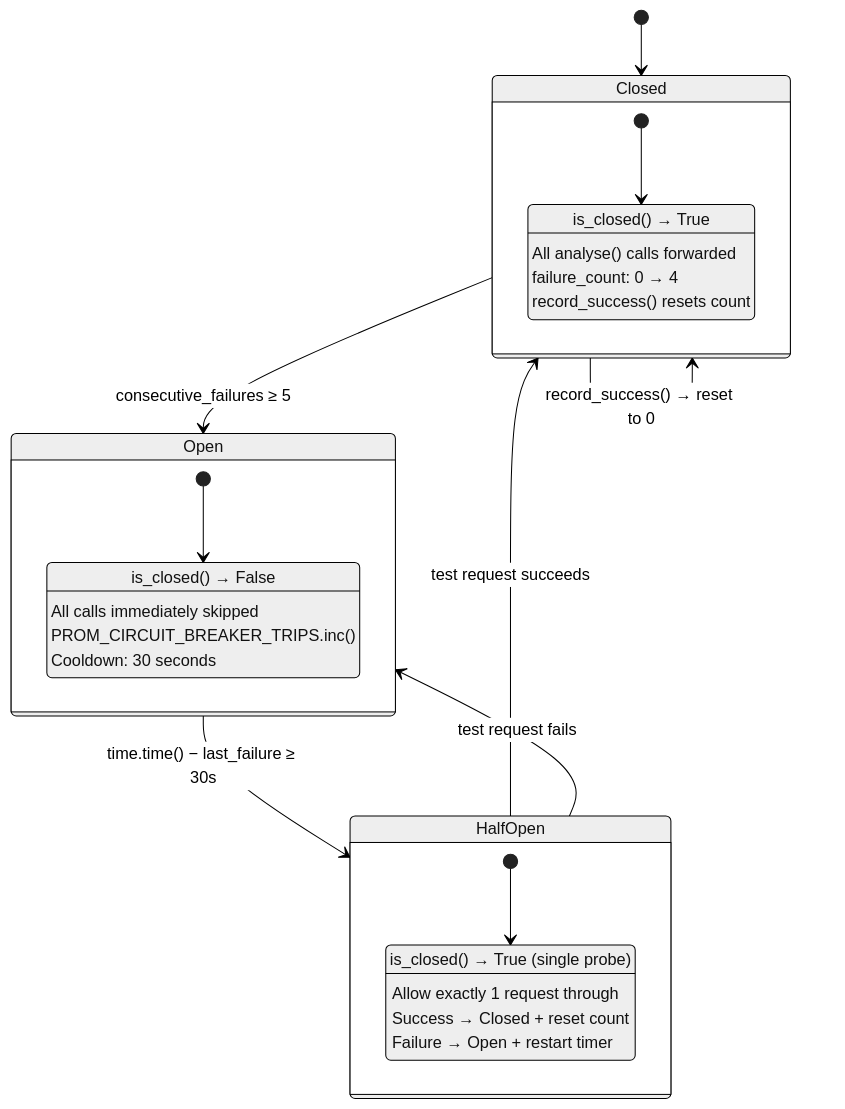
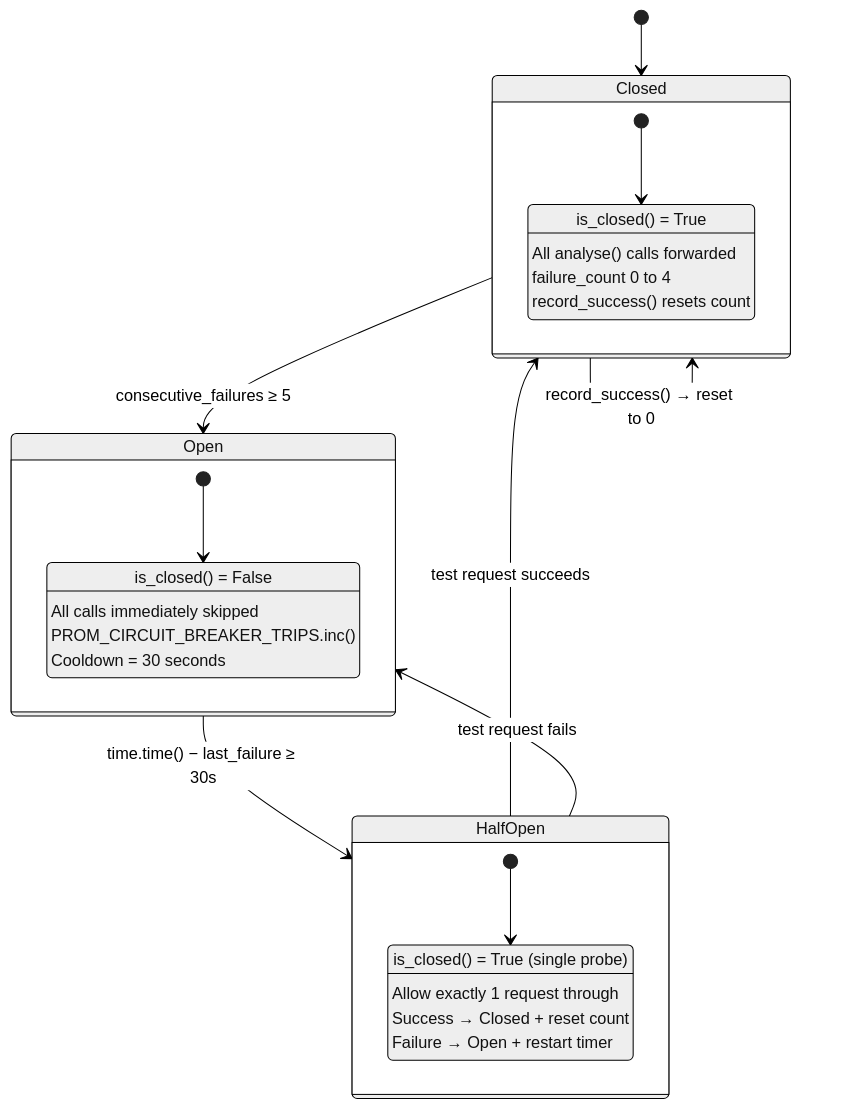
Before and after one commit to Alqaly/smart-city-ids: the eighth of 20 diagrams in docs/CAPSTONE_FIGURES.md, drawn with Mermaid (neutral theme). The commit also changed other lines of this file and 25 other files, not shown here.

First line of the commit message:
Add 20 figure PNGs + update report with embedded images

````diff
--- a/docs/CAPSTONE_FIGURES.md
+++ b/docs/CAPSTONE_FIGURES.md
@@ -389,36 +389,36 @@
 ```mermaid
 stateDiagram-v2
     [*] --> Closed
 
     Closed --> Open : consecutive_failures ≥ 5
     Closed --> Closed : record_success() → reset to 0
 
     Open --> HalfOpen : time.time() − last_failure ≥ 30s
 
     HalfOpen --> Closed : test request succeeds
     HalfOpen --> Open : test request fails
 
     state Closed {
         [*] --> Healthy
-        Healthy : is_closed() → True
+        Healthy : is_closed() = True
         Healthy : All analyse() calls forwarded
-        Healthy : failure_count: 0 → 4
+        Healthy : failure_count 0 to 4
         Healthy : record_success() resets count
     }
 
     state Open {
         [*] --> CircuitOpen
-        CircuitOpen : is_closed() → False
+        CircuitOpen : is_closed() = False
         CircuitOpen : All calls immediately skipped
         CircuitOpen : PROM_CIRCUIT_BREAKER_TRIPS.inc()
-        CircuitOpen : Cooldown: 30 seconds
+        CircuitOpen : Cooldown = 30 seconds
     }
 
     state HalfOpen {
         [*] --> TestRequest
-        TestRequest : is_closed() → True (single probe)
+        TestRequest : is_closed() = True (single probe)
         TestRequest : Allow exactly 1 request through
         TestRequest : Success → Closed + reset count
         TestRequest : Failure → Open + restart timer
     }
 ```
````
